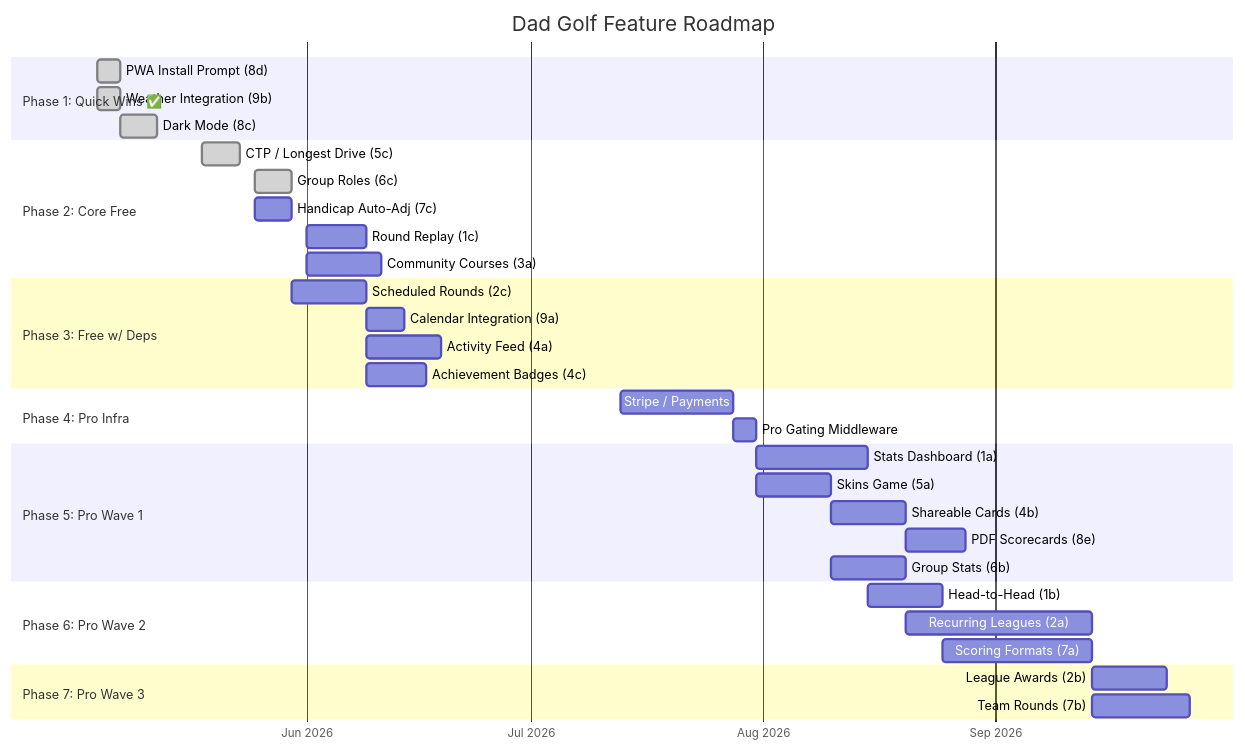
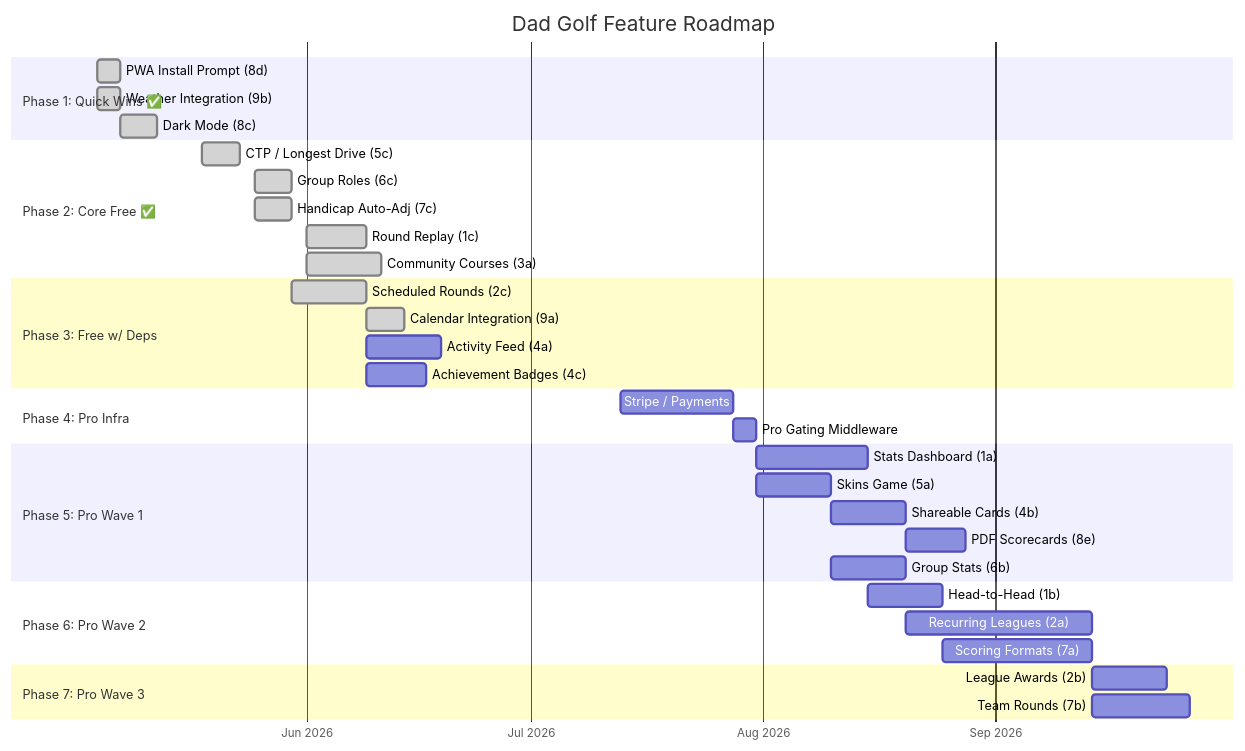
Before and after one commit to Lachy-Dauth/dad-golf: the second of 2 diagrams in docs/roadmap.md, drawn with Mermaid. The commit also changed other lines of this file and 9 other files, not shown here.

````diff
--- a/docs/roadmap.md
+++ b/docs/roadmap.md
@@ -94,44 +94,44 @@
 ```mermaid
 gantt
     title Dad Golf Feature Roadmap
     dateFormat YYYY-MM-DD
     axisFormat %b %Y
 
     section Phase 1: Quick Wins ✅
     PWA Install Prompt (8d)         :done, p1b, 2026-05-04, 3d
     Weather Integration (9b)        :done, p1c, 2026-05-04, 3d
     Dark Mode (8c)                  :done, p1d, 2026-05-07, 5d
 
-    section Phase 2: Core Free
+    section Phase 2: Core Free ✅
     CTP / Longest Drive (5c)        :done, p2b, 2026-05-18, 5d
     Group Roles (6c)                :done, p2d, 2026-05-25, 5d
-    Handicap Auto-Adj (7c)          :p2e, 2026-05-25, 5d
-    Round Replay (1c)               :p2a, 2026-06-01, 8d
-    Community Courses (3a)          :p2f, 2026-06-01, 10d
+    Handicap Auto-Adj (7c)          :done, p2e, 2026-05-25, 5d
+    Round Replay (1c)               :done, p2a, 2026-06-01, 8d
+    Community Courses (3a)          :done, p2f, 2026-06-01, 10d
 
     section Phase 3: Free w/ Deps
-    Scheduled Rounds (2c)           :p3b, after p2d, 10d
-    Calendar Integration (9a)       :p3c, after p3b, 5d
+    Scheduled Rounds (2c)           :done, p3b, after p2d, 10d
+    Calendar Integration (9a)       :done, p3c, after p3b, 5d
     Activity Feed (4a)              :p3d, after p2a, 10d
     Achievement Badges (4c)         :p3e, after p2a, 8d
 
     section Phase 4: Pro Infra
     Stripe / Payments               :p4a, 2026-07-13, 15d
     Pro Gating Middleware            :p4b, after p4a, 3d
 
     section Phase 5: Pro Wave 1
     Stats Dashboard (1a)            :p5a, after p4b, 15d
     Skins Game (5a)                 :p5b, after p4b, 10d
     Shareable Cards (4b)            :p5c, after p5b, 10d
     PDF Scorecards (8e)             :p5d, after p5c, 8d
     Group Stats (6b)                :p5e, after p5b, 10d
 
     section Phase 6: Pro Wave 2
     Head-to-Head (1b)               :p6a, after p5a, 10d
     Recurring Leagues (2a)          :p6b, after p5e, 25d
     Scoring Formats (7a)            :p6c, after p6a, 20d
 
     section Phase 7: Pro Wave 3
     League Awards (2b)              :p7a, after p6b, 10d
     Team Rounds (7b)                :p7b, after p6c, 13d
 ```
````
